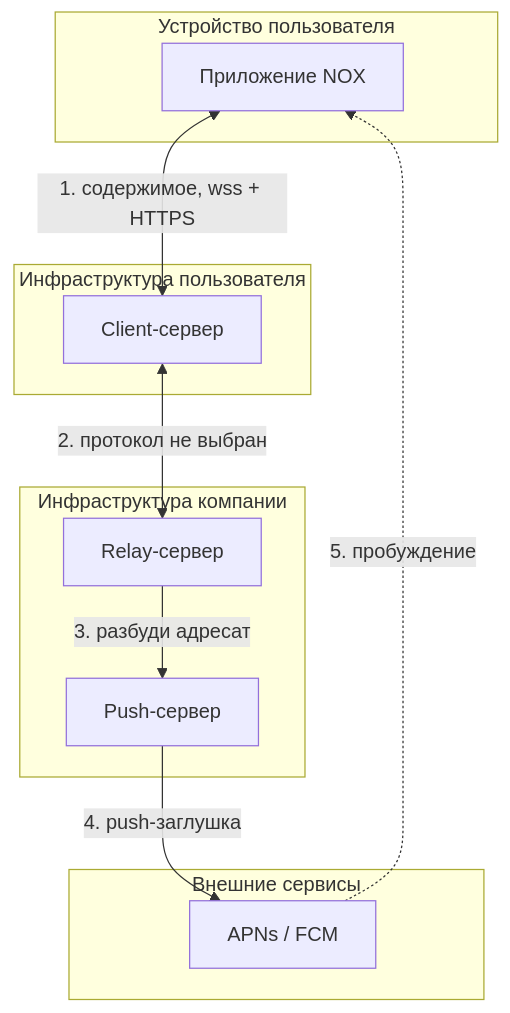
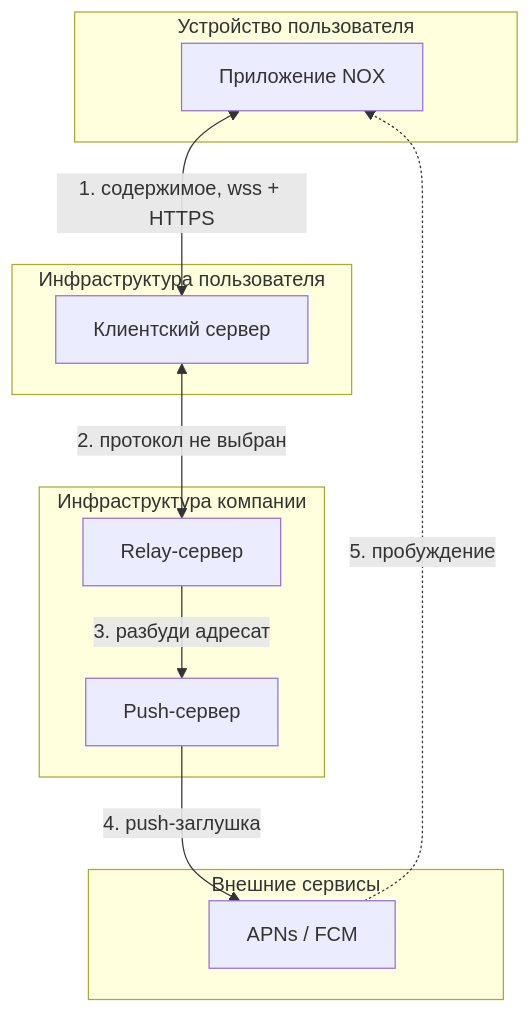
The first of 5 diagrams in docs/client-backend/architecture/notification-delivery.md (cyphernet-labs/nox-app), drawn with Mermaid before and after one commit. The commit also changed other lines of this file and 23 other files, not shown here.

First line of the commit message:
docs(client-backend): the contract, architecture and registers as the server and app have them

````diff
--- a/docs/client-backend/architecture/notification-delivery.md
+++ b/docs/client-backend/architecture/notification-delivery.md
@@ -21,21 +21,21 @@
 ```mermaid
 flowchart TB
   subgraph DEV["Устройство пользователя"]
     APP["Приложение NOX"]
   end
   subgraph USR["Инфраструктура пользователя"]
-    CB["Client-сервер"]
+    CB["Клиентский сервер"]
   end
   subgraph CO["Инфраструктура компании"]
     RELAY["Relay-сервер"]
     PUSH["Push-сервер"]
   end
   subgraph EXT["Внешние сервисы"]
     APNS["APNs / FCM"]
   end
   APP <-->|"1. содержимое, wss + HTTPS"| CB
   CB <-->|"2. протокол не выбран"| RELAY
   RELAY -->|"3. разбуди адресат"| PUSH
   PUSH -->|"4. push-заглушка"| APNS
   APNS -.->|"5. пробуждение"| APP
 ```
````
